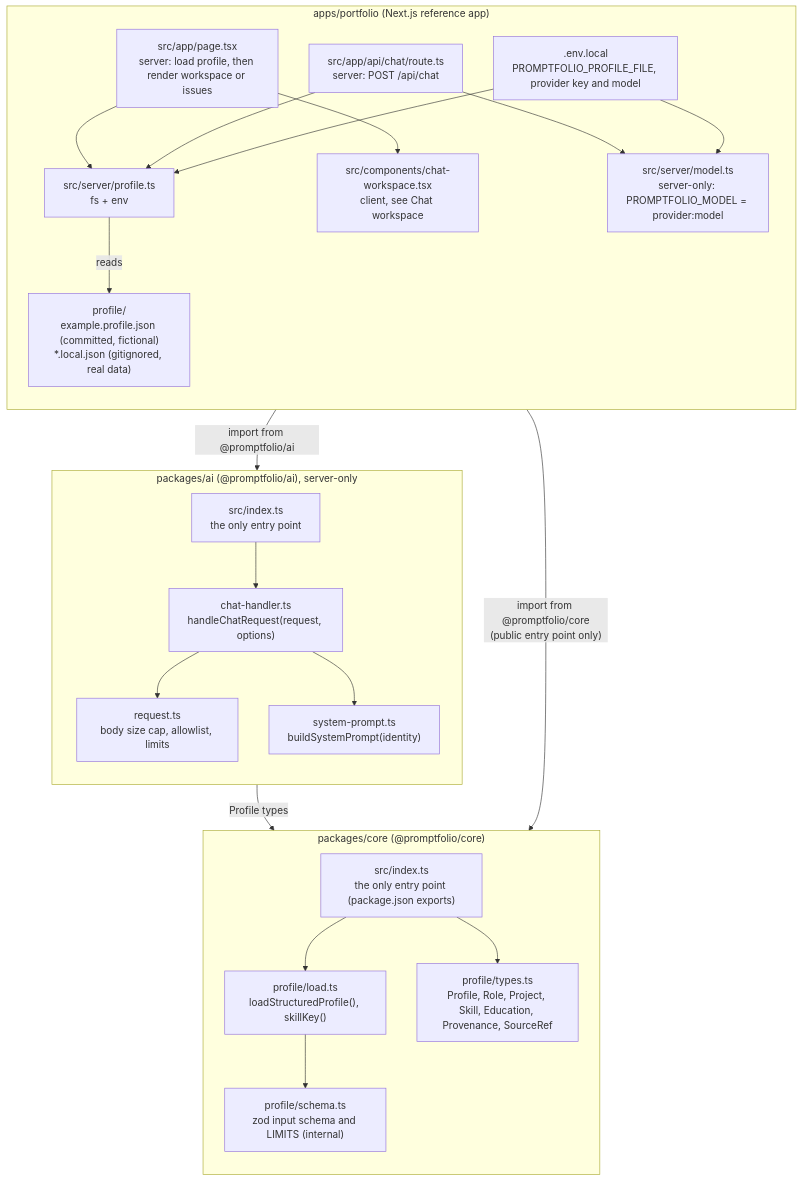
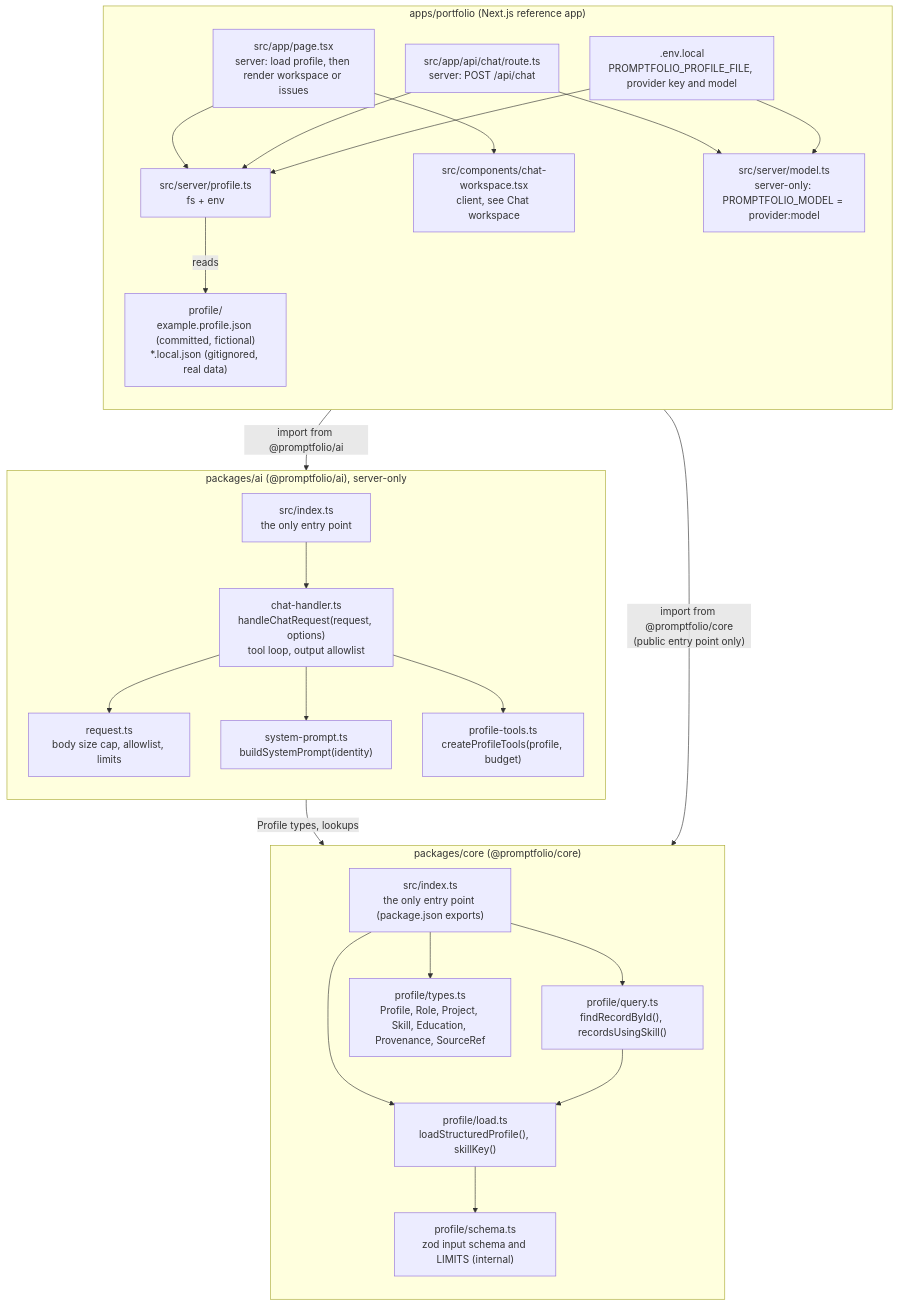
Before and after one commit to promptfolios/promptfolio: the first of 5 diagrams in docs/ARCHITECTURE.md, drawn with Mermaid. The commit also changed other lines of this file and 2 other files, not shown here.

Commit message:
docs: add the M5 plan and document profile lookup tools

````diff
--- a/docs/ARCHITECTURE.md
+++ b/docs/ARCHITECTURE.md
@@ -9,46 +9,51 @@
 ```mermaid
 flowchart TB
     subgraph app["apps/portfolio (Next.js reference app)"]
         direction TB
         env[".env.local<br/>PROMPTFOLIO_PROFILE_FILE, provider key and model"]
         files["profile/<br/>example.profile.json (committed, fictional)<br/>*.local.json (gitignored, real data)"]
         page["src/app/page.tsx<br/>server: load profile, then render workspace or issues"]
         route["src/app/api/chat/route.ts<br/>server: POST /api/chat"]
         serverProfile["src/server/profile.ts<br/>fs + env"]
         serverModel["src/server/model.ts<br/>server-only: PROMPTFOLIO_MODEL = provider:model"]
         workspace["src/components/chat-workspace.tsx<br/>client, see Chat workspace"]
         page --> serverProfile
         page --> workspace
         route --> serverProfile
         route --> serverModel
         env --> serverProfile
         env --> serverModel
         serverProfile -- reads --> files
     end
 
     subgraph aipkg["packages/ai (@promptfolio/ai), server-only"]
         direction TB
         aiIndex["src/index.ts<br/>the only entry point"]
-        handler["chat-handler.ts<br/>handleChatRequest(request, options)"]
+        handler["chat-handler.ts<br/>handleChatRequest(request, options)<br/>tool loop, output allowlist"]
         request["request.ts<br/>body size cap, allowlist, limits"]
         prompt["system-prompt.ts<br/>buildSystemPrompt(identity)"]
+        tools["profile-tools.ts<br/>createProfileTools(profile, budget)"]
         aiIndex --> handler
         handler --> request
         handler --> prompt
+        handler --> tools
     end
 
     subgraph core["packages/core (@promptfolio/core)"]
         direction TB
         index["src/index.ts<br/>the only entry point (package.json exports)"]
         load["profile/load.ts<br/>loadStructuredProfile(), skillKey()"]
+        query["profile/query.ts<br/>findRecordById(), recordsUsingSkill()"]
         schema["profile/schema.ts<br/>zod input schema and LIMITS (internal)"]
         types["profile/types.ts<br/>Profile, Role, Project, Skill, Education, Provenance, SourceRef"]
         index --> load
+        index --> query
         index --> types
         load --> schema
+        query --> load
     end
 
     app -- "import from @promptfolio/core<br/>(public entry point only)" --> index
     route -- "import from @promptfolio/ai" --> aiIndex
-    aipkg -- "Profile types" --> index
+    aipkg -- "Profile types, lookups" --> index
 ```
````
